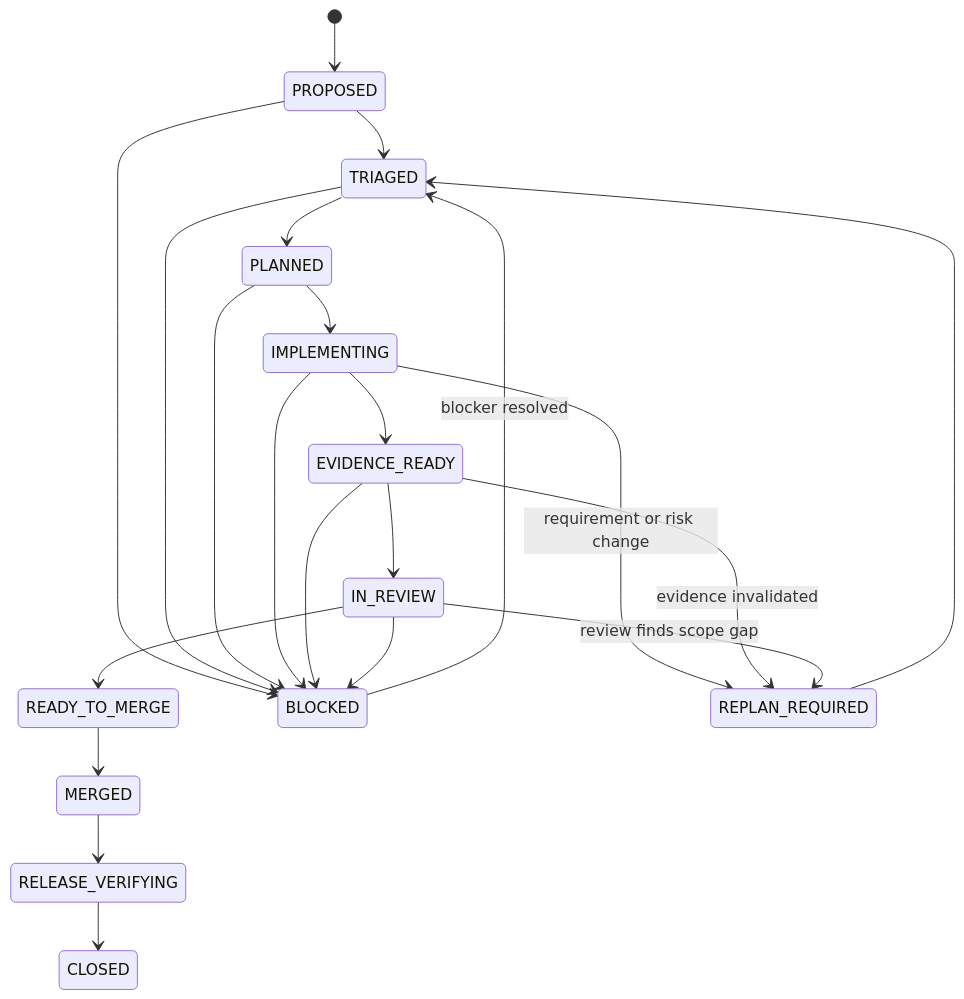
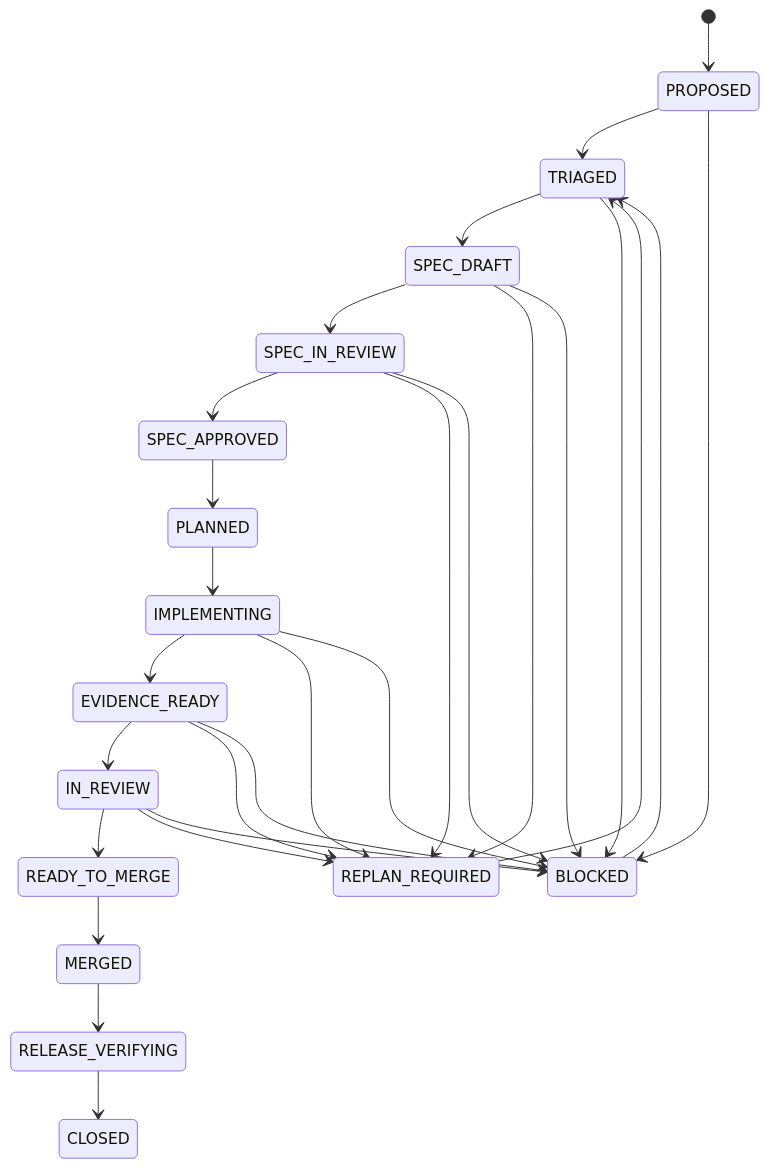
The diagram in docs/github-development-ssot.md (lsq1030757028/Pytest-playwright-e2e), drawn with Mermaid before and after one commit. The commit also changed other lines of this file, not shown here.

Commit message:
docs(governance): upgrade SSOT to SPEC-first lifecycle

````diff
--- a/docs/github-development-ssot.md
+++ b/docs/github-development-ssot.md
@@ -84,27 +149,32 @@
 ```mermaid
 stateDiagram-v2
     [*] --> PROPOSED
     PROPOSED --> TRIAGED
-    TRIAGED --> PLANNED
+    TRIAGED --> SPEC_DRAFT
+    SPEC_DRAFT --> SPEC_IN_REVIEW
+    SPEC_IN_REVIEW --> SPEC_APPROVED
+    SPEC_APPROVED --> PLANNED
     PLANNED --> IMPLEMENTING
     IMPLEMENTING --> EVIDENCE_READY
     EVIDENCE_READY --> IN_REVIEW
     IN_REVIEW --> READY_TO_MERGE
     READY_TO_MERGE --> MERGED
     MERGED --> RELEASE_VERIFYING
     RELEASE_VERIFYING --> CLOSED
 
+    SPEC_DRAFT --> REPLAN_REQUIRED
+    SPEC_IN_REVIEW --> REPLAN_REQUIRED
+    IMPLEMENTING --> REPLAN_REQUIRED
+    EVIDENCE_READY --> REPLAN_REQUIRED
+    IN_REVIEW --> REPLAN_REQUIRED
+    REPLAN_REQUIRED --> TRIAGED
+
     PROPOSED --> BLOCKED
     TRIAGED --> BLOCKED
-    PLANNED --> BLOCKED
+    SPEC_DRAFT --> BLOCKED
+    SPEC_IN_REVIEW --> BLOCKED
     IMPLEMENTING --> BLOCKED
     EVIDENCE_READY --> BLOCKED
     IN_REVIEW --> BLOCKED
-
-    IMPLEMENTING --> REPLAN_REQUIRED: requirement or risk change
-    EVIDENCE_READY --> REPLAN_REQUIRED: evidence invalidated
-    IN_REVIEW --> REPLAN_REQUIRED: review finds scope gap
-    REPLAN_REQUIRED --> TRIAGED
-
-    BLOCKED --> TRIAGED: blocker resolved
+    BLOCKED --> TRIAGED
 ```
````
